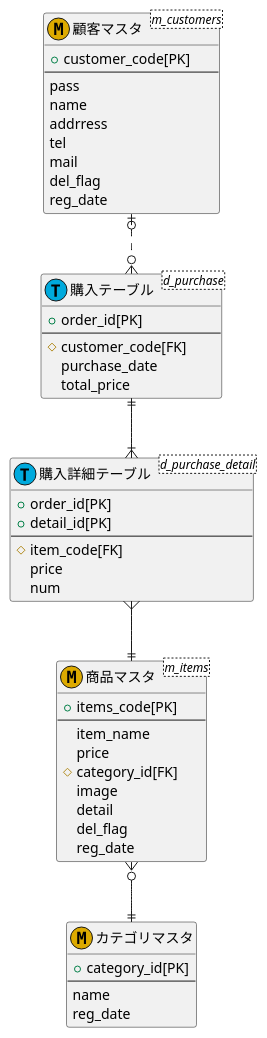
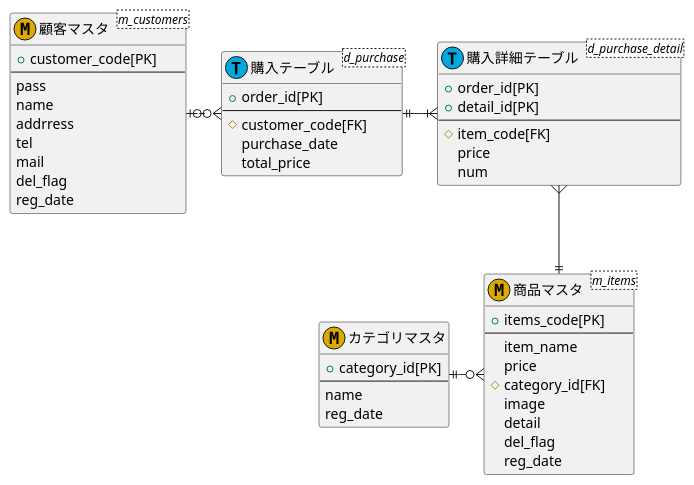
One commit to Aso2001022/2021sys-design changed the diagram in kadai23.md. Above: the diagram before and after it, drawn with PlantUML.

````diff
--- a/kadai23.md
+++ b/kadai23.md
@@ -1,56 +1,56 @@
 ```puml
 @startuml
 entity "顧客マスタ" <m_customers><<M,DDAA00>>{
   +customer_code[PK]
   --
   pass
   name
   addrress
   tel
   mail
   del_flag
   reg_date
   }
   
   entity "購入テーブル"<d_purchase><<T,00AADD>>{
   +order_id[PK]
   --
   # customer_code[FK]
   purchase_date
   total_price
   }
   
   entity "購入詳細テーブル" <d_purchase_detail><<T,00AADD>> {
   +order_id[PK]
   +detail_id[PK]
   --
   # item_code[FK]
   price
   num
   }
   
   entity "商品マスタ"<m_items><<M,DDAA00>> {
   +items_code[PK]
   --
   item_name
   price
   # category_id[FK]
   image
   detail
   del_flag
   reg_date
   }
   
   entity "カテゴリマスタ" <<M,DDAA00>> {
 +category_id[PK]
 --
 name
 reg_date
 }
 
-顧客マスタ |o..o{ 購入テーブル 
-購入テーブル ||--|{ 購入詳細テーブル
-購入詳細テーブル }--|| 商品マスタ
-商品マスタ }o--|| カテゴリマスタ
+顧客マスタ |o-ri-o{ 購入テーブル 
+購入テーブル ||-ri-|{ 購入詳細テーブル
+購入詳細テーブル }-do-|| 商品マスタ
+商品マスタ }o-le-|| カテゴリマスタ
 @enduml
 ```
````
